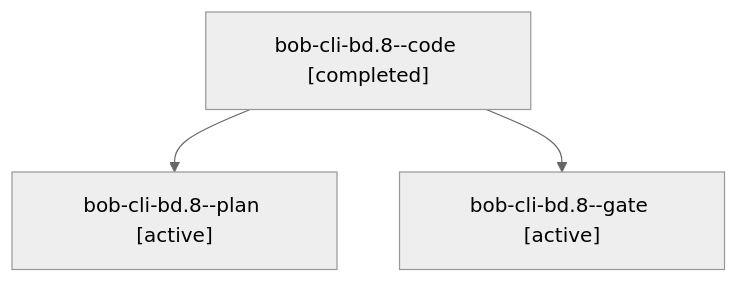
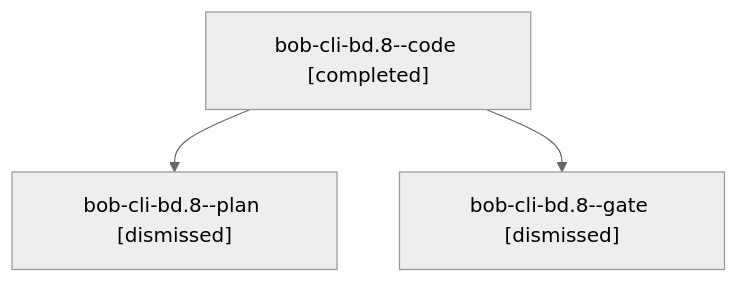
Before and after one commit to bobs-org/bob-cli--agents: the diagram in sessions/bbugyi200.apollo.bob-cli-bd.8.md, drawn with Mermaid (neutral theme). The commit also changed other lines of this file and 214 other files, not shown here.

````diff
--- a/sessions/bbugyi200.apollo.bob-cli-bd.8.md
+++ b/sessions/bbugyi200.apollo.bob-cli-bd.8.md
@@ -9,8 +9,8 @@
 ```mermaid
 flowchart TD
   n0["bob-cli-bd.8--code [completed]"]
-  n1["bob-cli-bd.8--plan [active]"]
+  n1["bob-cli-bd.8--plan [dismissed]"]
   n0 --> n1
-  n2["bob-cli-bd.8--gate [active]"]
+  n2["bob-cli-bd.8--gate [dismissed]"]
   n0 --> n2
 ```
````
